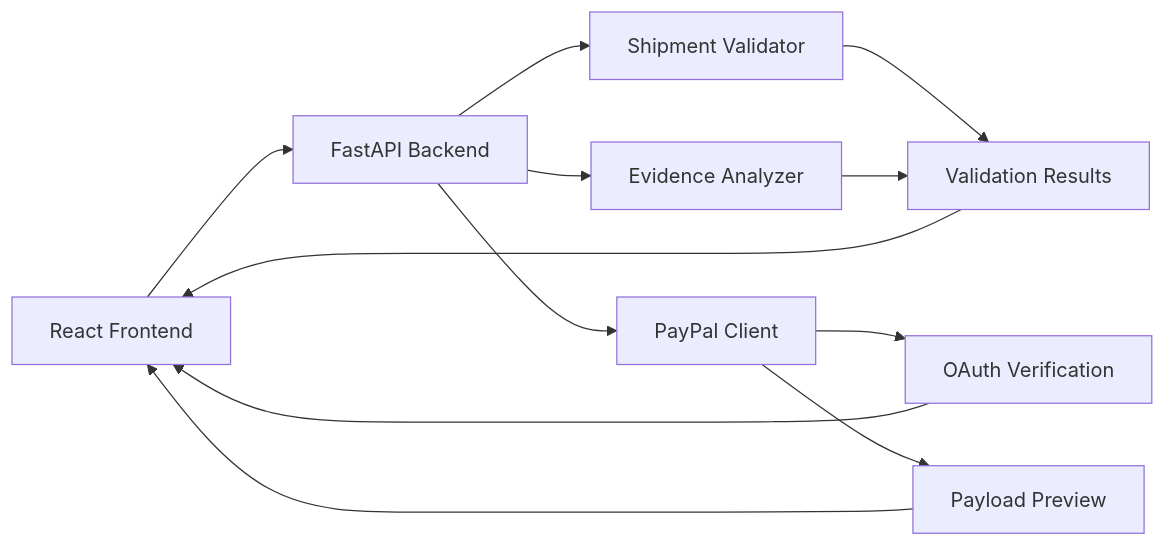
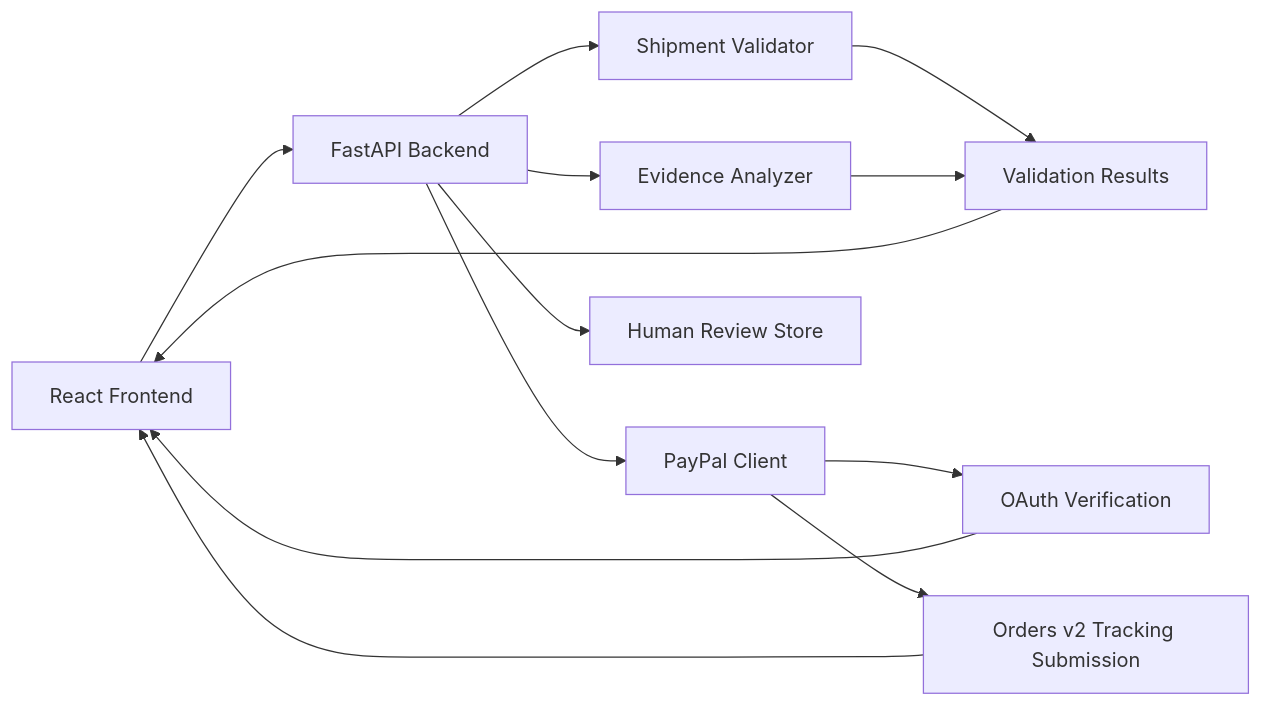
The second of 2 diagrams in README.md (BasutkarSony/ShipProof-AI), drawn with Mermaid before and after one commit. The commit also changed other lines of this file, not shown here.

Commit message:
Document integrated human review and Orders v2 tracking

````diff
--- a/README.md
+++ b/README.md
@@ -99,14 +105,15 @@
 ```mermaid
 flowchart LR
     UI["React Frontend"] --> API["FastAPI Backend"]
     API --> V["Shipment Validator"]
     API --> A["Evidence Analyzer"]
     API --> P["PayPal Client"]
     V --> R["Validation Results"]
     A --> R
     P --> S["OAuth Verification"]
-    P --> T["Payload Preview"]
+    P --> T["Orders v2 Tracking Submission"]
+    API --> H["Human Review Store"]
     R --> UI
     S --> UI
     T --> UI
 ```
````
